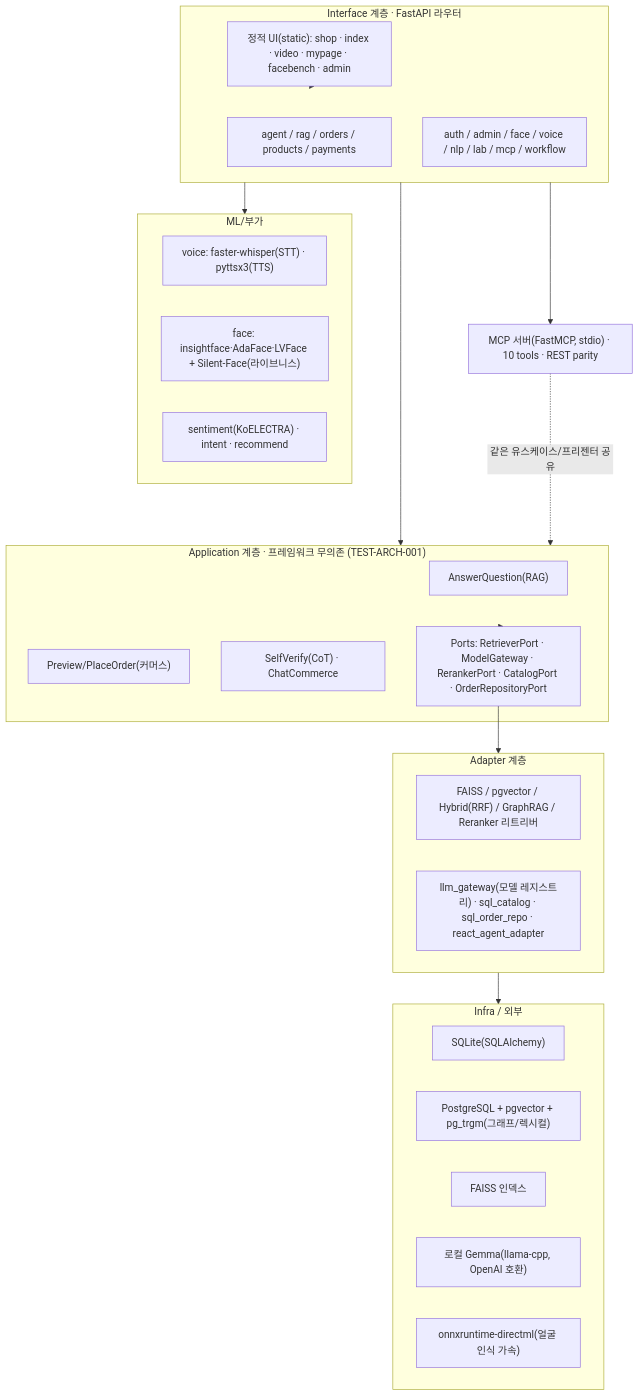
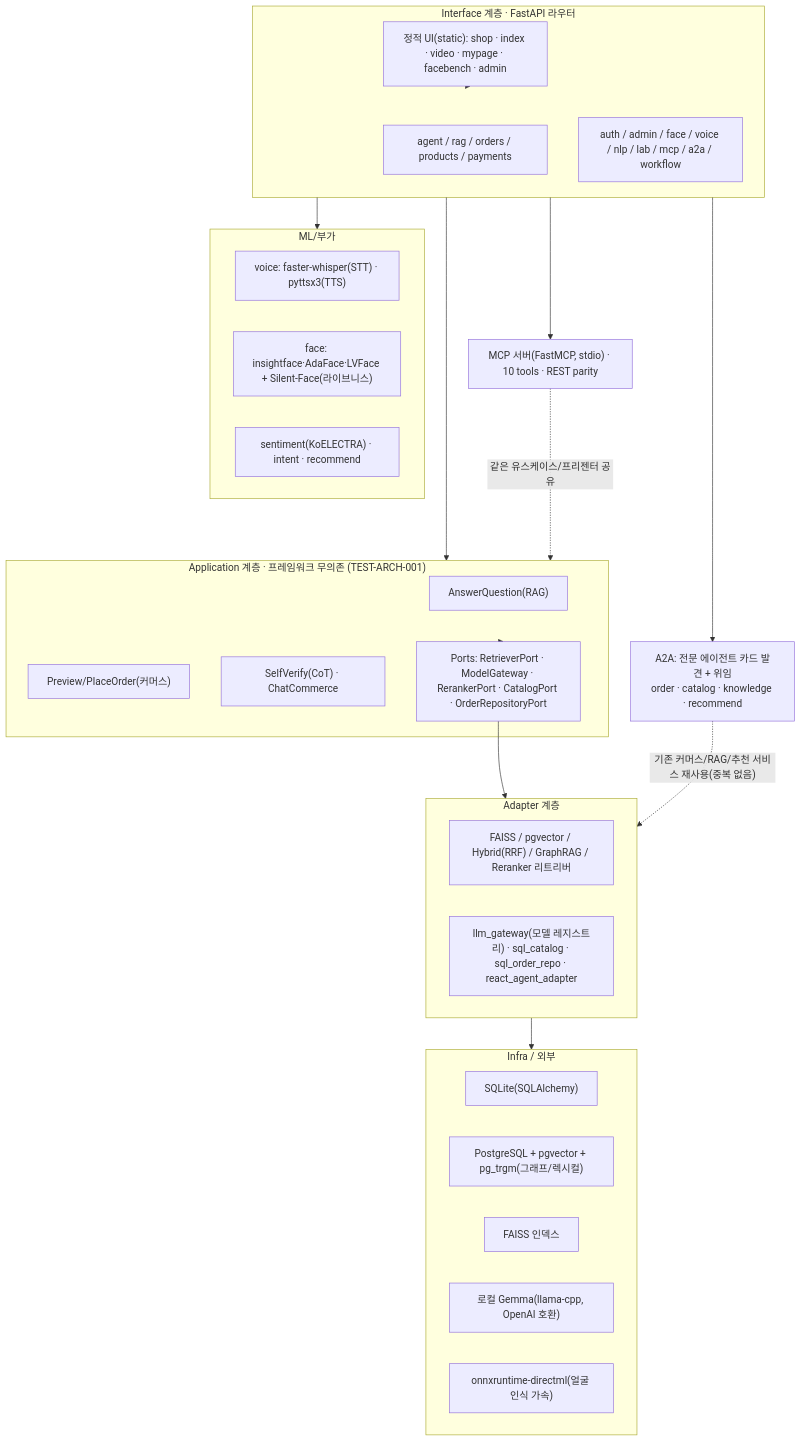
The first of 5 diagrams in _unified_mall_2/docs/architecture.md (roroblack/llm_workspace), drawn with Mermaid before and after one commit. The commit also changed other lines of this file and 8 other files, not shown here.

````diff
--- a/_unified_mall_2/docs/architecture.md
+++ b/_unified_mall_2/docs/architecture.md
@@ -15,40 +15,43 @@
 ```mermaid
 flowchart TB
   subgraph IF["Interface 계층 · FastAPI 라우터"]
     R1["agent / rag / orders / products / payments"]
-    R2["auth / admin / face / voice / nlp / lab / mcp / workflow"]
+    R2["auth / admin / face / voice / nlp / lab / mcp / a2a / workflow"]
     UI["정적 UI(static): shop · index · video · mypage · facebench · admin"]
   end
   subgraph APP["Application 계층 · 프레임워크 무의존 (TEST-ARCH-001)"]
     UC1["AnswerQuestion(RAG)"]
     UC2["Preview/PlaceOrder(커머스)"]
     UC3["SelfVerify(CoT) · ChatCommerce"]
     P["Ports: RetrieverPort · ModelGateway · RerankerPort · CatalogPort · OrderRepositoryPort"]
   end
   subgraph AD["Adapter 계층"]
     A1["FAISS / pgvector / Hybrid(RRF) / GraphRAG / Reranker 리트리버"]
     A2["llm_gateway(모델 레지스트리) · sql_catalog · sql_order_repo · react_agent_adapter"]
   end
   subgraph INFRA["Infra / 외부"]
     D1["SQLite(SQLAlchemy)"]
     D2["PostgreSQL + pgvector + pg_trgm(그래프/렉시컬)"]
     D3["FAISS 인덱스"]
     D4["로컬 Gemma(llama-cpp, OpenAI 호환)"]
     D5["onnxruntime-directml(얼굴 인식 가속)"]
   end
   subgraph ML["ML/부가"]
     M1["voice: faster-whisper(STT) · pyttsx3(TTS)"]
     M2["face: insightface·AdaFace·LVFace + Silent-Face(라이브니스)"]
     M3["sentiment(KoELECTRA) · intent · recommend"]
   end
   MCP["MCP 서버(FastMCP, stdio) · 10 tools · REST parity"]
+  A2A["A2A: 전문 에이전트 카드 발견 + 위임<br/>order · catalog · knowledge · recommend"]
 
   UI --> IF
   IF --> APP
   APP --> P
   P --> AD
   AD --> INFRA
   IF --> ML
   IF --> MCP
+  IF --> A2A
   MCP -.같은 유스케이스/프리젠터 공유.-> APP
+  A2A -.기존 커머스/RAG/추천 서비스 재사용(중복 없음).-> AD
 ```
````
